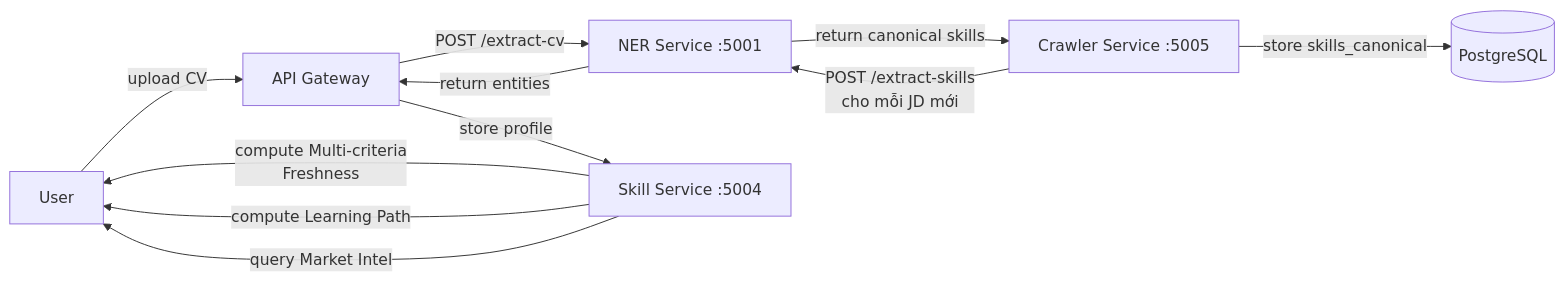
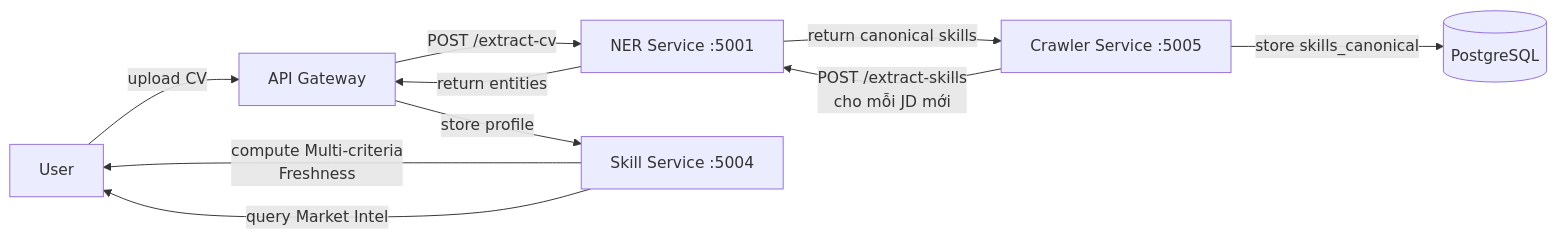
Before and after one commit to dungken/cv-assistant: the third of 3 diagrams in thesis_report/chuong3/3.5_thiet_ke_skill_extraction_pipeline.md, drawn with Mermaid. The commit also changed other lines of this file and 34 other files, not shown here.

````diff
--- a/thesis_report/chuong3/3.5_thiet_ke_skill_extraction_pipeline.md
+++ b/thesis_report/chuong3/3.5_thiet_ke_skill_extraction_pipeline.md
@@ -286,15 +285,14 @@
 ```mermaid
 flowchart LR
     User[User] -->|upload CV| GW[API Gateway]
     GW -->|POST /extract-cv| NER[NER Service :5001]
     NER -->|return entities| GW
     GW -->|store profile| Skill[Skill Service :5004]
     
     Crawler[Crawler Service :5005] -->|POST /extract-skills<br/>cho mỗi JD mới| NER
     NER -->|return canonical skills| Crawler
     Crawler -->|store skills_canonical| PG[(PostgreSQL)]
     
     Skill -->|compute Multi-criteria<br/>Freshness| User
-    Skill -->|compute Learning Path| User
     Skill -->|query Market Intel| User
 ```
````
